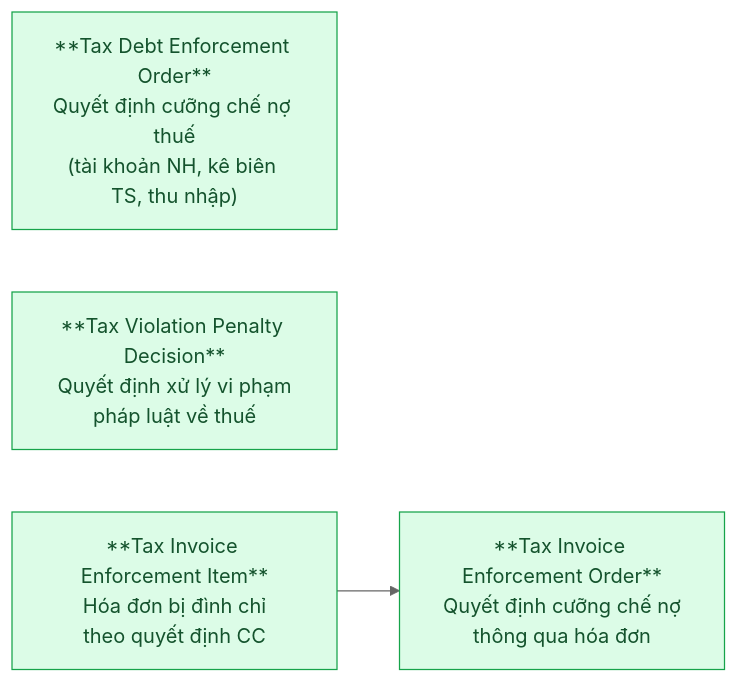
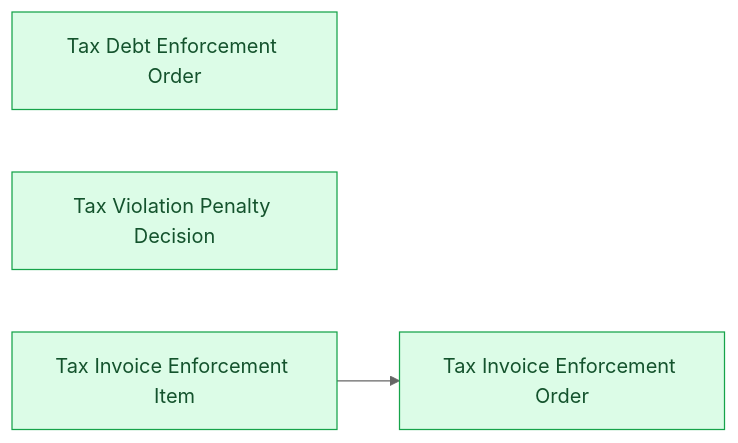
One commit to chien1198/ubck_atomic_design changed the sixth of 6 diagrams in Silver/hld/DCST_relationship_diagram.md. Above: the diagram before and after it, drawn with Mermaid (neutral theme). The commit also changed other lines of this file, not shown here.

````diff
--- a/Silver/hld/DCST_relationship_diagram.md
+++ b/Silver/hld/DCST_relationship_diagram.md
@@ -126,11 +128,11 @@
 ```mermaid
 graph LR
     classDef silver fill:#dcfce7,stroke:#16a34a,color:#14532d
 
-    TDEO["**Tax Debt Enforcement Order**\nQuyết định cưỡng chế nợ thuế\n(tài khoản NH, kê biên TS, thu nhập)"]:::silver
-    TVPD["**Tax Violation Penalty Decision**\nQuyết định xử lý vi phạm\npháp luật về thuế"]:::silver
-    TIEO["**Tax Invoice Enforcement Order**\nQuyết định cưỡng chế nợ\nthông qua hóa đơn"]:::silver
-    TIEI["**Tax Invoice Enforcement Item**\nHóa đơn bị đình chỉ\ntheo quyết định CC"]:::silver
+    TDEO[Tax Debt Enforcement Order]:::silver
+    TVPD[Tax Violation Penalty Decision]:::silver
+    TIEO[Tax Invoice Enforcement Order]:::silver
+    TIEI[Tax Invoice Enforcement Item]:::silver
 
     TIEI --> TIEO
 ```
````
